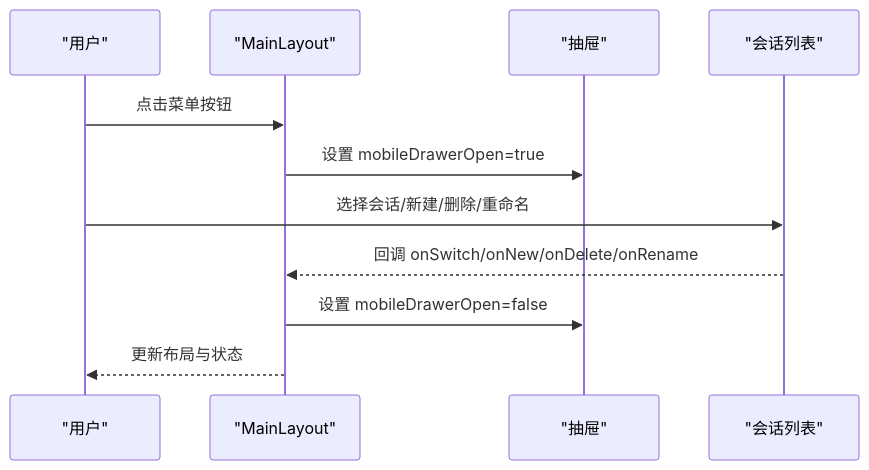
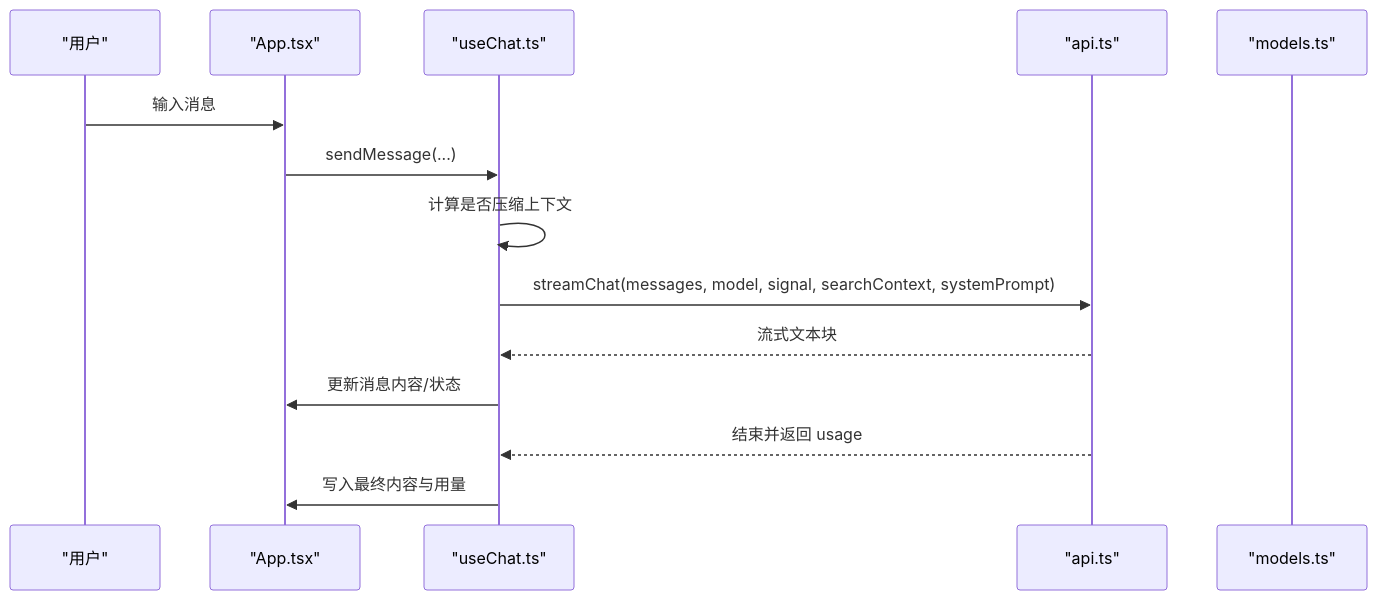
One commit to billye220670/AIShop changed the third of 6 diagrams in .qoder/repowiki/zh/content/开发指南/开发指南.md. Above: the diagram before and after it, drawn with Mermaid. The commit also changed other lines of this file and 135 other files, not shown here.

````diff
--- a/.qoder/repowiki/zh/content/开发指南/开发指南.md
+++ b/.qoder/repowiki/zh/content/开发指南/开发指南.md
@@ -168,13 +126,16 @@
 ```mermaid
 sequenceDiagram
 participant U as "用户"
-participant ML as "MainLayout"
-participant Drawer as "抽屉"
-participant Conv as "会话列表"
-U->>ML : 点击菜单按钮
-ML->>Drawer : 设置 mobileDrawerOpen=true
-U->>Conv : 选择会话/新建/删除/重命名
-Conv-->>ML : 回调 onSwitch/onNew/onDelete/onRename
-ML->>Drawer : 设置 mobileDrawerOpen=false
-ML-->>U : 更新布局与状态
+participant A as "App.tsx"
+participant H as "useChat.ts"
+participant S as "api.ts"
+participant M as "models.ts"
+U->>A : 输入消息
+A->>H : sendMessage(...)
+H->>H : 计算是否压缩上下文
+H->>S : streamChat(messages, model, signal, searchContext, systemPrompt)
+S-->>H : 流式文本块
+H->>A : 更新消息内容/状态
+S-->>H : 结束并返回 usage
+H->>A : 写入最终内容与用量
 ```
````
